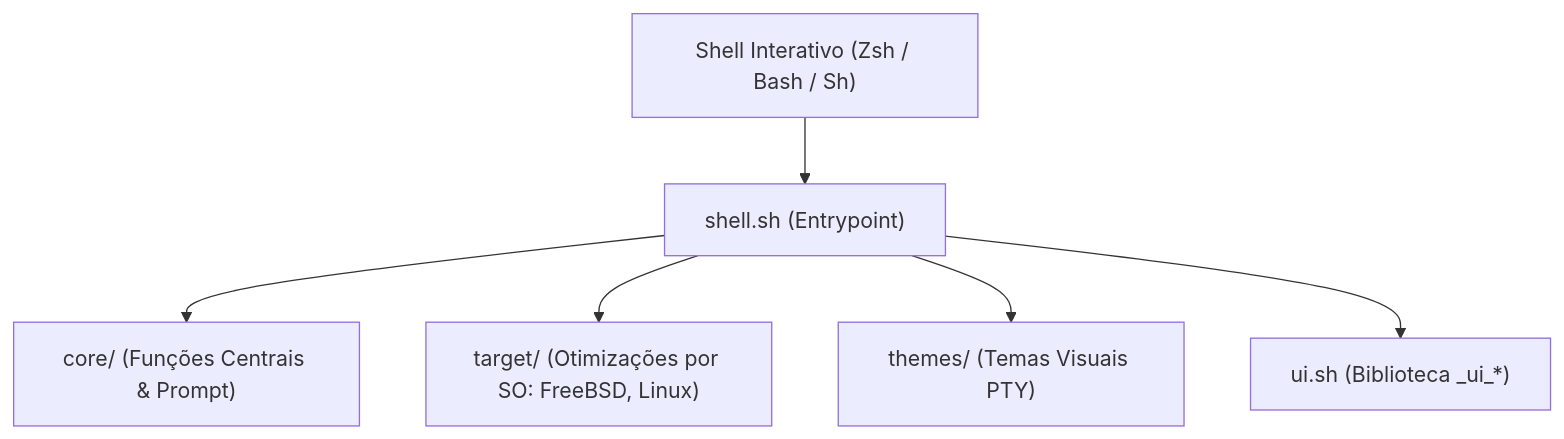
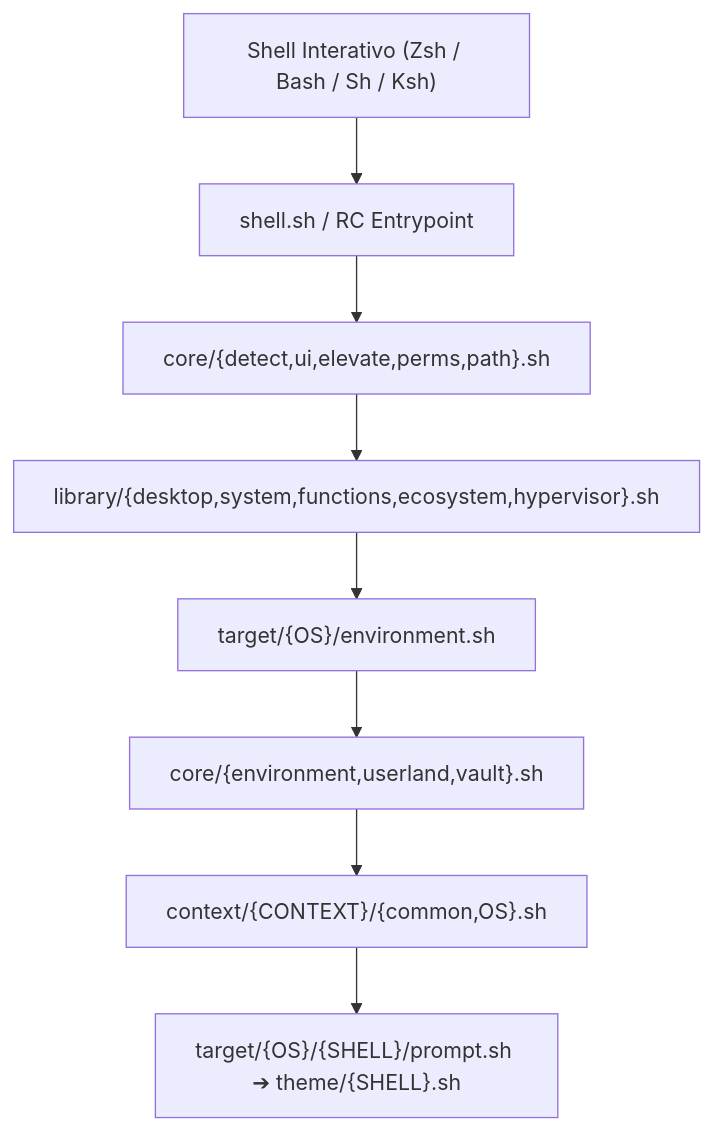
Before and after one commit to GabrielFrigo4/environment: the diagram in docs/quarteto/02-shell.md, drawn with Mermaid. The commit also changed other lines of this file, not shown here.

Commit message:
chore(ecosystem): sync submodules and update Shell architecture docs

````diff
--- a/docs/quarteto/02-shell.md
+++ b/docs/quarteto/02-shell.md
@@ -17,8 +17,10 @@
 ```mermaid
 flowchart TD
-    INTERP["Shell Interativo (Zsh / Bash / Sh)"] --> ENTRY["shell.sh (Entrypoint)"]
-    ENTRY --> CORE["core/ (Funções Centrais & Prompt)"]
-    ENTRY --> TARGET["target/ (Otimizações por SO: FreeBSD, Linux)"]
-    ENTRY --> THEME["themes/ (Temas Visuais PTY)"]
-    ENTRY --> UI["ui.sh (Biblioteca _ui_*)"]
+    INTERP["Shell Interativo (Zsh / Bash / Sh / Ksh)"] --> ENTRY["shell.sh / RC Entrypoint"]
+    ENTRY --> CORE_BASE["core/{detect,ui,elevate,perms,path}.sh"]
+    CORE_BASE --> LIB["library/{desktop,system,functions,ecosystem,hypervisor}.sh"]
+    LIB --> T_ENV["target/{OS}/environment.sh"]
+    T_ENV --> CORE_RT["core/{environment,userland,vault}.sh"]
+    CORE_RT --> CTX["context/{CONTEXT}/{common,OS}.sh"]
+    CTX --> TGT["target/{OS}/{SHELL}/prompt.sh ➔ theme/{SHELL}.sh"]
 ```
````
